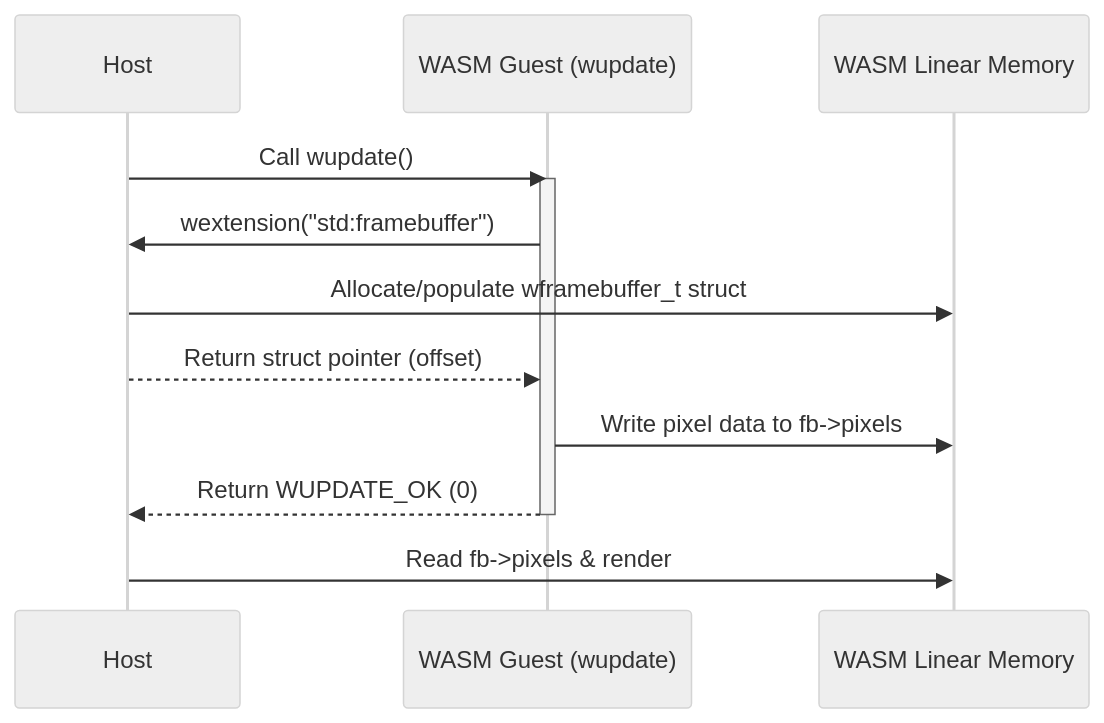
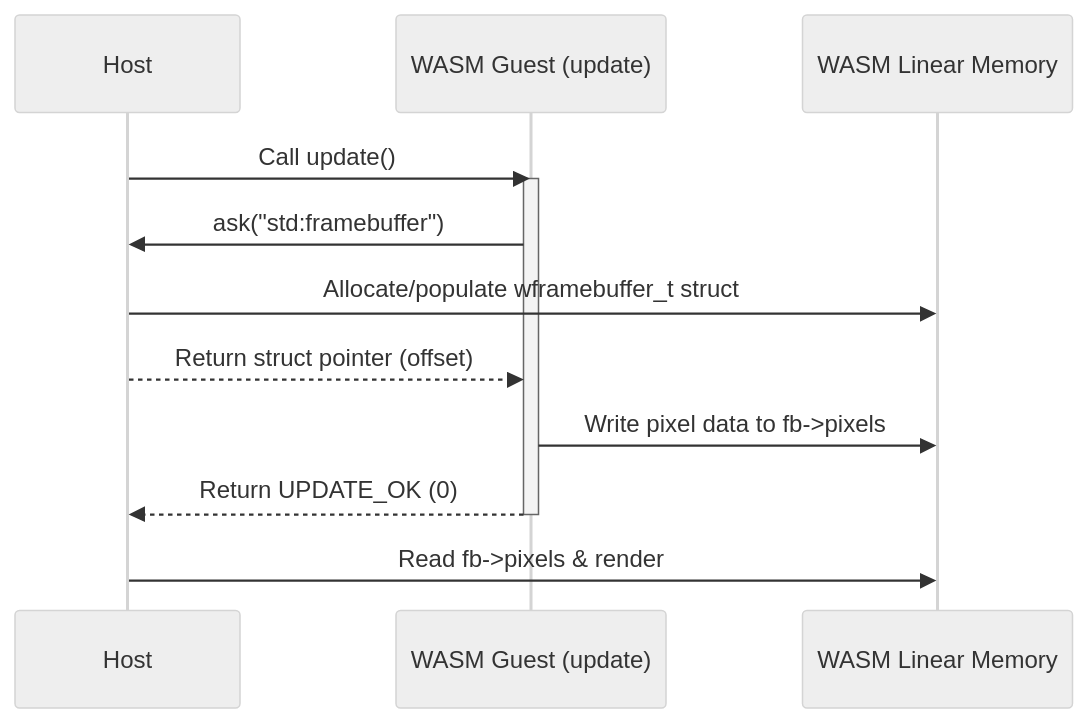
Before and after one commit to jardimdanificado/wagnostic: the diagram in ABI.md, drawn with Mermaid (neutral theme). The commit also changed other lines of this file and 18 other files, not shown here.

````diff
--- a/ABI.md
+++ b/ABI.md
@@ -82,16 +82,16 @@
 ```mermaid
 sequenceDiagram
     participant Host
-    participant Guest as WASM Guest (wupdate)
+    participant Guest as WASM Guest (update)
     participant Mem as WASM Linear Memory
 
-    Host->>Guest: Call wupdate()
+    Host->>Guest: Call update()
     activate Guest
-    Guest->>Host: wextension("std:framebuffer")
+    Guest->>Host: ask("std:framebuffer")
     Host->>Mem: Allocate/populate wframebuffer_t struct
     Host-->>Guest: Return struct pointer (offset)
     Guest->>Mem: Write pixel data to fb->pixels
-    Guest-->>Host: Return WUPDATE_OK (0)
+    Guest-->>Host: Return UPDATE_OK (0)
     deactivate Guest
     Host->>Mem: Read fb->pixels & render
 ```
````
